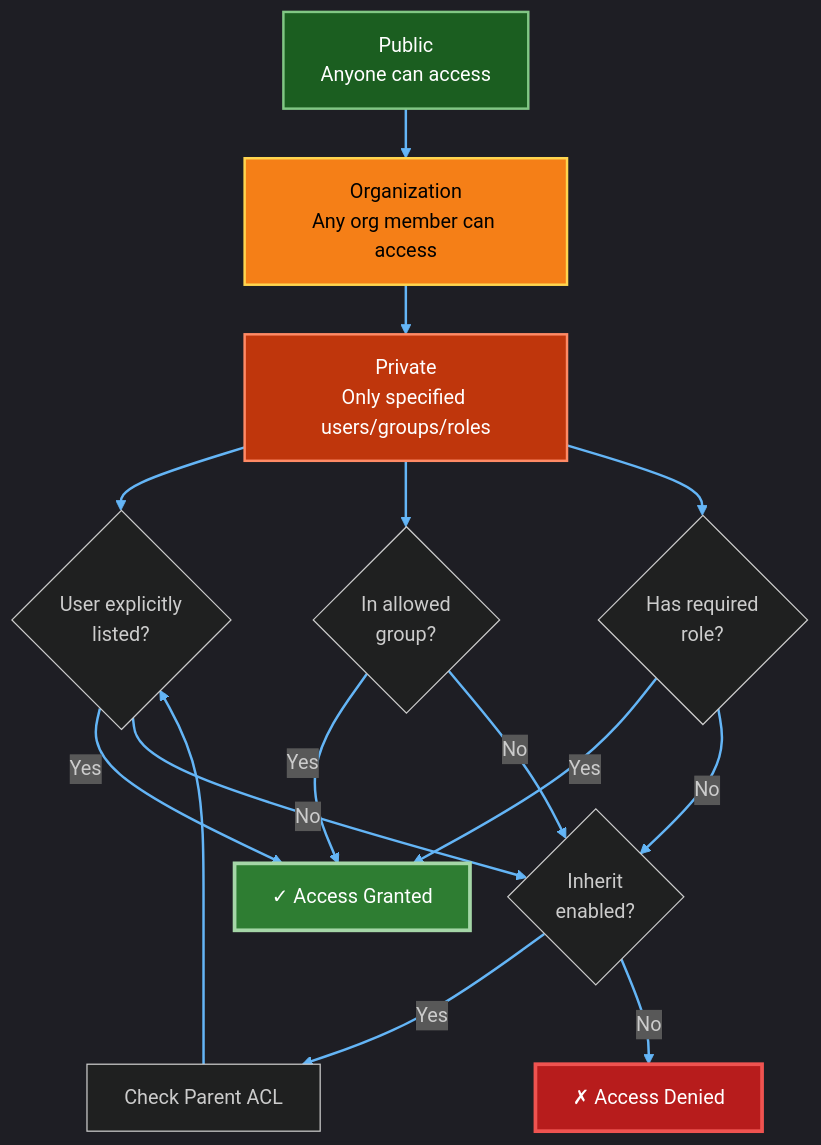
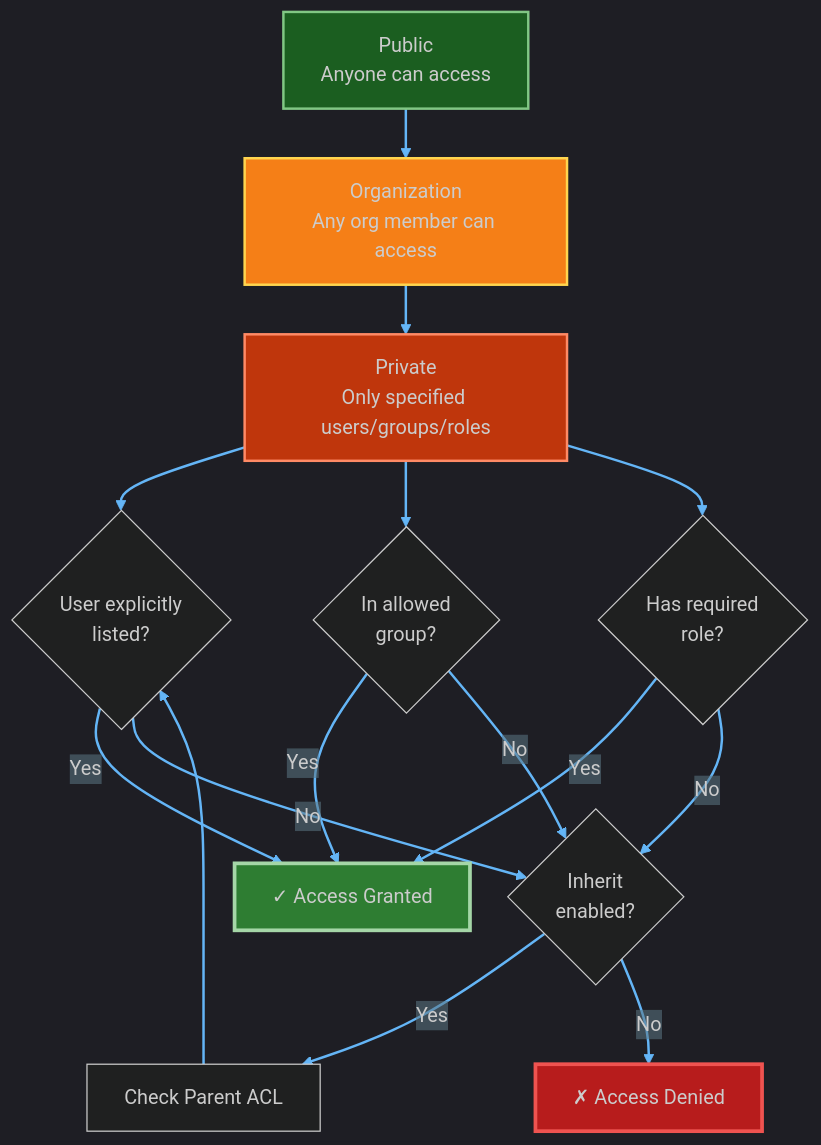
The second of 11 diagrams in docs/SECURITY_ACL.md (veics/rage_pitch), drawn with Mermaid before and after one commit. The commit also changed other lines of this file and 8 other files, not shown here.

````diff
--- a/docs/SECURITY_ACL.md
+++ b/docs/SECURITY_ACL.md
@@ -97,31 +97,31 @@
 ```mermaid
-%%{init: {'theme':'dark', 'flowchart': {'nodeSpacing': 30, 'rankSpacing': 40, 'curve': 'basis'}}}%%
+%%{init: {'theme':'dark', 'flowchart': {'nodeSpacing': 30, 'rankSpacing': 40, 'curve': 'basis'}, 'themeVariables': {'labelBackground':'rgba(38, 50, 56, 0.1)'}}}%%
 graph TB
     Public[Public<br/>Anyone can access] --> Org[Organization<br/>Any org member can access]
     Org --> Private[Private<br/>Only specified users/groups/roles]
     
     Private --> UserCheck{User explicitly<br/>listed?}
     Private --> GroupCheck{In allowed<br/>group?}
     Private --> RoleCheck{Has required<br/>role?}
     
     UserCheck -->|Yes| Allow[✓ Access Granted]
     GroupCheck -->|Yes| Allow
     RoleCheck -->|Yes| Allow
     
     UserCheck -->|No| CheckInherit{Inherit<br/>enabled?}
     GroupCheck -->|No| CheckInherit
     RoleCheck -->|No| CheckInherit
     
     CheckInherit -->|Yes| ParentACL[Check Parent ACL]
     CheckInherit -->|No| Deny[✗ Access Denied]
     
     ParentACL --> UserCheck
     
-    style Public fill:#1b5e20,stroke:#81c784,stroke-width:2px,color:#fff
-    style Org fill:#f57f17,stroke:#ffd54f,stroke-width:2px,color:#000
-    style Private fill:#bf360c,stroke:#ff8a65,stroke-width:2px,color:#fff
-    style Allow fill:#2e7d32,stroke:#a5d6a7,stroke-width:3px,color:#fff
-    style Deny fill:#b71c1c,stroke:#ef5350,stroke-width:3px,color:#fff
+    style Public fill:#1b5e20,stroke:#81c784,stroke-width:2px
+    style Org fill:#f57f17,stroke:#ffd54f,stroke-width:2px
+    style Private fill:#bf360c,stroke:#ff8a65,stroke-width:2px
+    style Allow fill:#2e7d32,stroke:#a5d6a7,stroke-width:3px
+    style Deny fill:#b71c1c,stroke:#ef5350,stroke-width:3px
     
     linkStyle default stroke:#64b5f6,stroke-width:2px;
 ```
````
